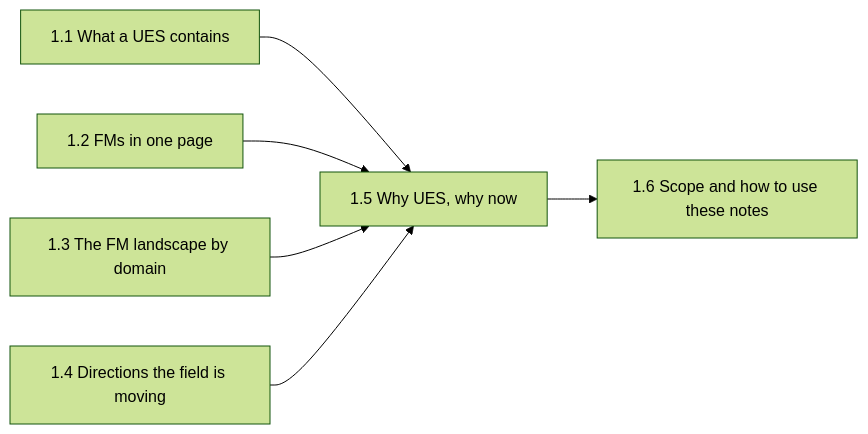
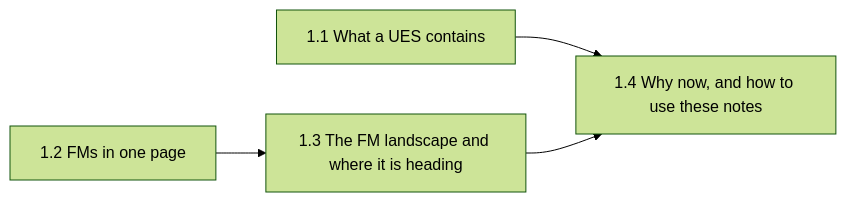
The diagram in chapter-1-background/index.md (BartonChenTW/FM4UES), drawn with Mermaid (forest theme) before and after one commit. The commit also changed other lines of this file and 80 other files, not shown here.

````diff
--- a/chapter-1-background/index.md
+++ b/chapter-1-background/index.md
@@ -17,8 +17,6 @@
 ```mermaid
 flowchart LR
-    A["1.1 What a UES contains"] --> E["1.5 Why UES, why now"]
-    B["1.2 FMs in one page"] --> E
-    C["1.3 The FM landscape by domain"] --> E
-    D["1.4 Directions the field is moving"] --> E
-    E --> F["1.6 Scope and how to use these notes"]
+    A["1.1 What a UES contains"] --> D["1.4 Why now, and how to use these notes"]
+    B["1.2 FMs in one page"] --> C["1.3 The FM landscape and where it is heading"]
+    C --> D
 ```
````
